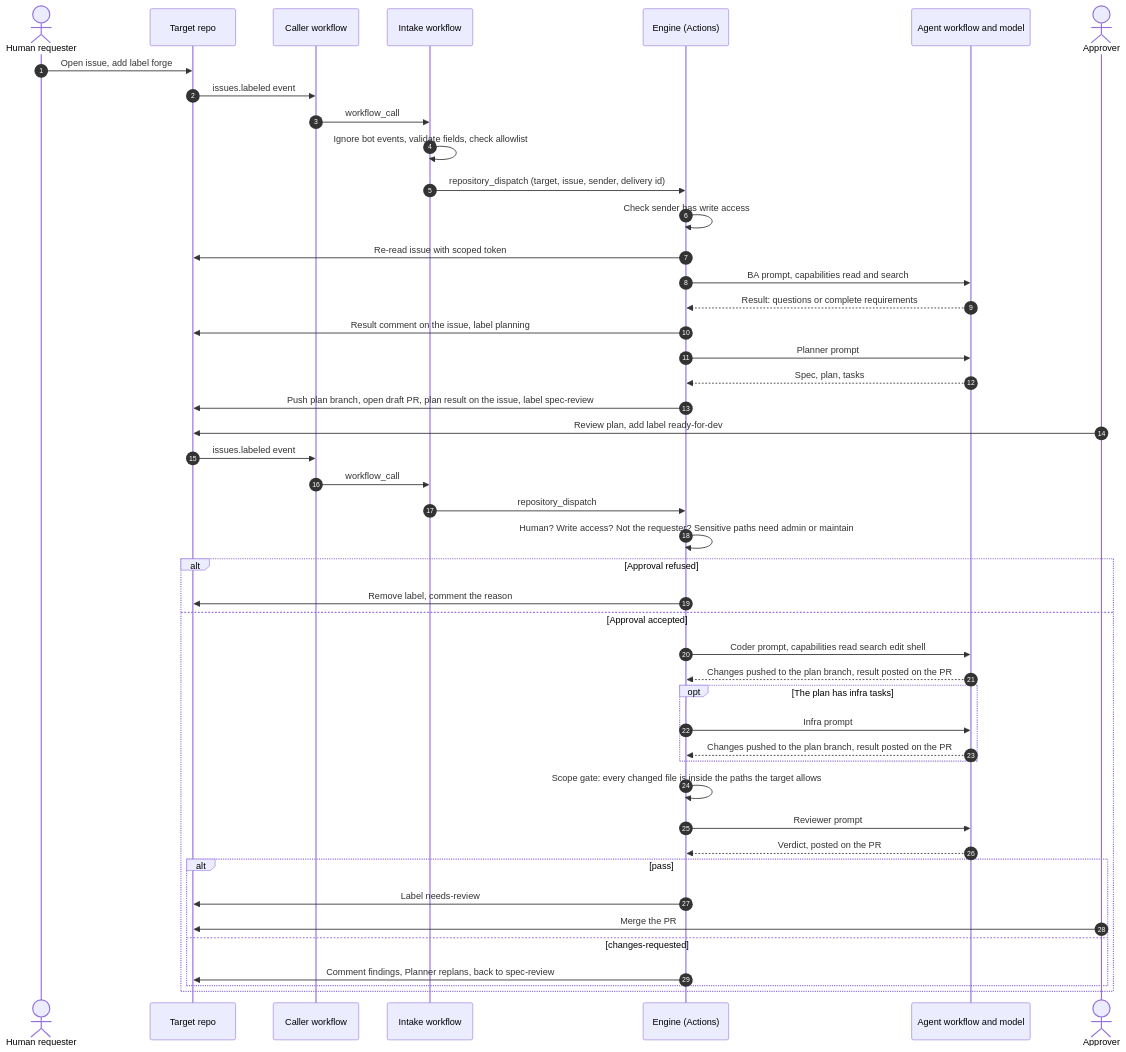
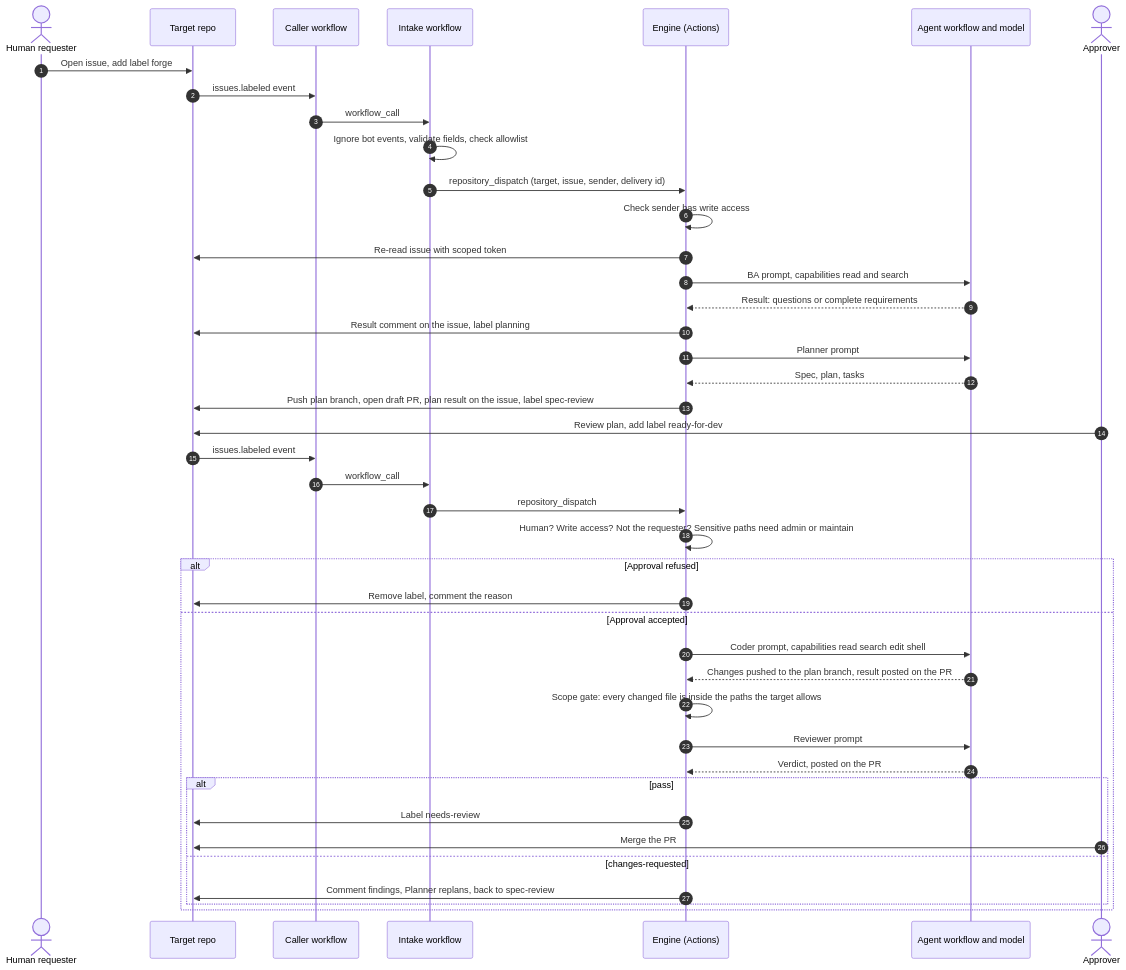
Before and after one commit to LuisiitoDev/agentic-forge: the second of 3 diagrams in README.md, drawn with Mermaid. The commit also changed other lines of this file and 39 other files, not shown here.

First line of the commit message:
feat: remove the Infra agent from the SDLC flow, ADR-0023

````diff
--- a/README.md
+++ b/README.md
@@ -54,51 +54,47 @@
 ```mermaid
 sequenceDiagram
     autonumber
     actor H as Human requester
     participant T as Target repo
     participant C as Caller workflow
     participant R as Intake workflow
     participant E as Engine (Actions)
     participant M as Agent workflow and model
     actor O as Approver
 
     H->>T: Open issue, add label forge
     T->>C: issues.labeled event
     C->>R: workflow_call
     R->>R: Ignore bot events, validate fields, check allowlist
     R->>E: repository_dispatch (target, issue, sender, delivery id)
     E->>E: Check sender has write access
     E->>T: Re-read issue with scoped token
     E->>M: BA prompt, capabilities read and search
     M-->>E: Result: questions or complete requirements
     E->>T: Result comment on the issue, label planning
 
     E->>M: Planner prompt
     M-->>E: Spec, plan, tasks
     E->>T: Push plan branch, open draft PR, plan result on the issue, label spec-review
 
     O->>T: Review plan, add label ready-for-dev
     T->>C: issues.labeled event
     C->>R: workflow_call
     R->>E: repository_dispatch
     E->>E: Human? Write access? Not the requester? Sensitive paths need admin or maintain
     alt Approval refused
         E->>T: Remove label, comment the reason
     else Approval accepted
         E->>M: Coder prompt, capabilities read search edit shell
         M-->>E: Changes pushed to the plan branch, result posted on the PR
-        opt The plan has infra tasks
-            E->>M: Infra prompt
-            M-->>E: Changes pushed to the plan branch, result posted on the PR
-        end
         E->>E: Scope gate: every changed file is inside the paths the target allows
         E->>M: Reviewer prompt
         M-->>E: Verdict, posted on the PR
         alt pass
             E->>T: Label needs-review
             O->>T: Merge the PR
         else changes-requested
             E->>T: Comment findings, Planner replans, back to spec-review
         end
     end
 ```
````
